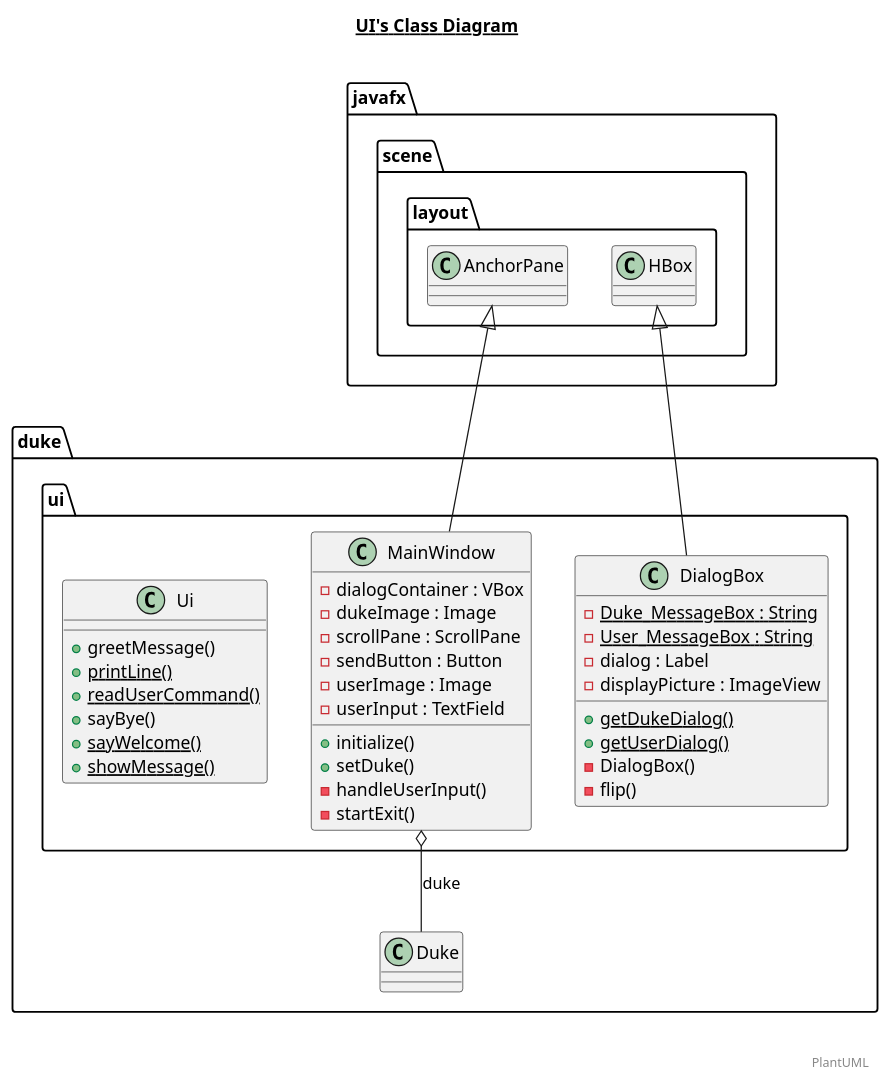
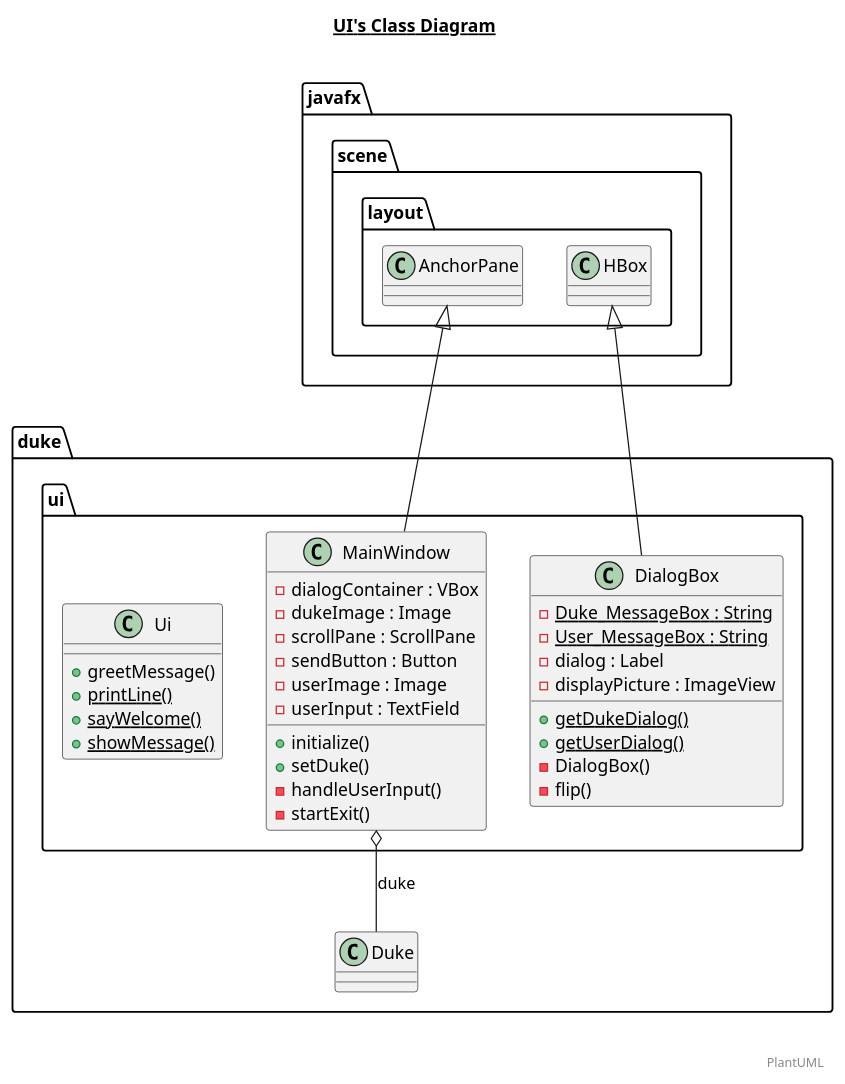
One commit to nus-tic4001-AY2021S1/ip changed the diagram in docs/diagrams/ui.plantuml. Above: the diagram before and after it, drawn with PlantUML. The commit also changed 16 other files, not shown here.

```diff
--- a/docs/diagrams/ui.plantuml
+++ b/docs/diagrams/ui.plantuml
@@ -1,64 +1,62 @@
 @startuml
 
 title __UI's Class Diagram__\n
 
   namespace duke {
     namespace ui {
       class duke.ui.DialogBox {
           {static} - Duke_MessageBox : String
           {static} - User_MessageBox : String
           - dialog : Label
           - displayPicture : ImageView
           {static} + getDukeDialog()
           {static} + getUserDialog()
           - DialogBox()
           - flip()
       }
     }
   }
   
 
   namespace duke {
     namespace ui {
       class duke.ui.MainWindow {
           - dialogContainer : VBox
           - dukeImage : Image
           - scrollPane : ScrollPane
           - sendButton : Button
           - userImage : Image
           - userInput : TextField
           + initialize()
           + setDuke()
           - handleUserInput()
           - startExit()
       }
     }
   }
   
 
   namespace duke {
     namespace ui {
       class duke.ui.Ui {
           + greetMessage()
           {static} + printLine()
-          {static} + readUserCommand()
-          + sayBye()
           {static} + sayWelcome()
           {static} + showMessage()
       }
     }
   }
   
 
   duke.ui.DialogBox -up-|> javafx.scene.layout.HBox
   duke.ui.MainWindow -up-|> javafx.scene.layout.AnchorPane
   duke.ui.MainWindow o-- duke.Duke : duke
 
 
 right footer
 
 
 PlantUML
 endfooter
 
 @enduml
```
